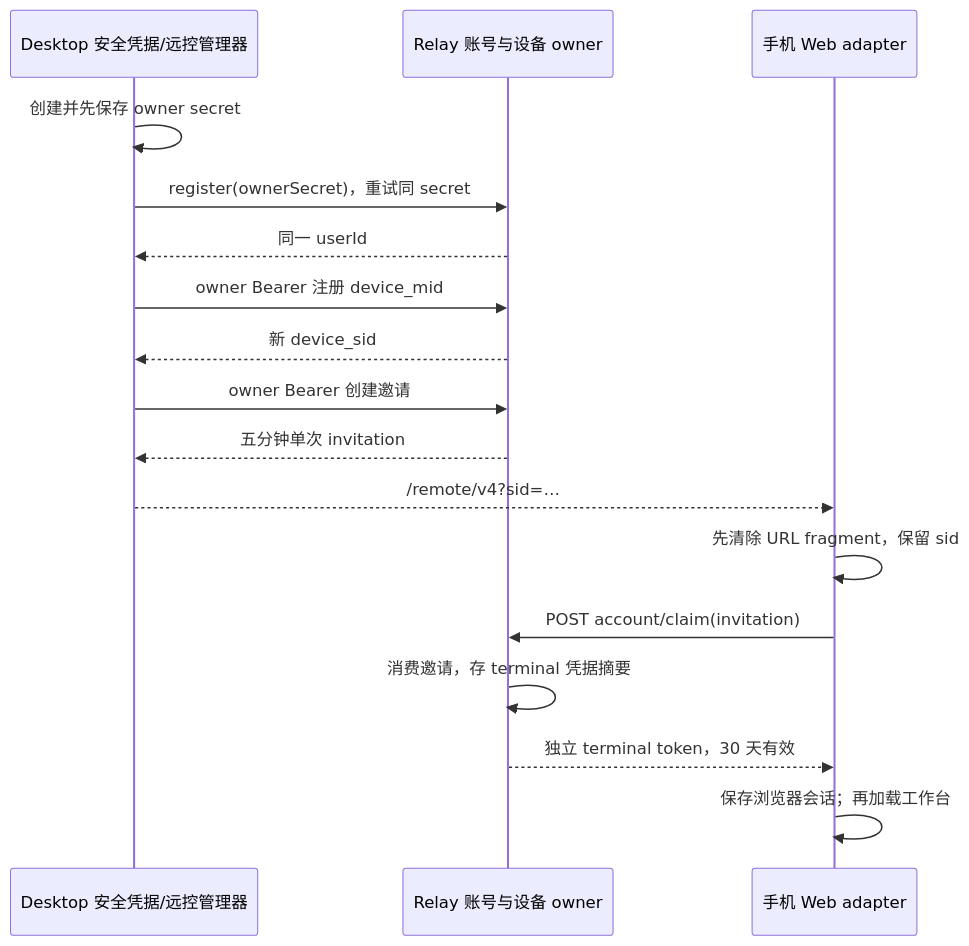
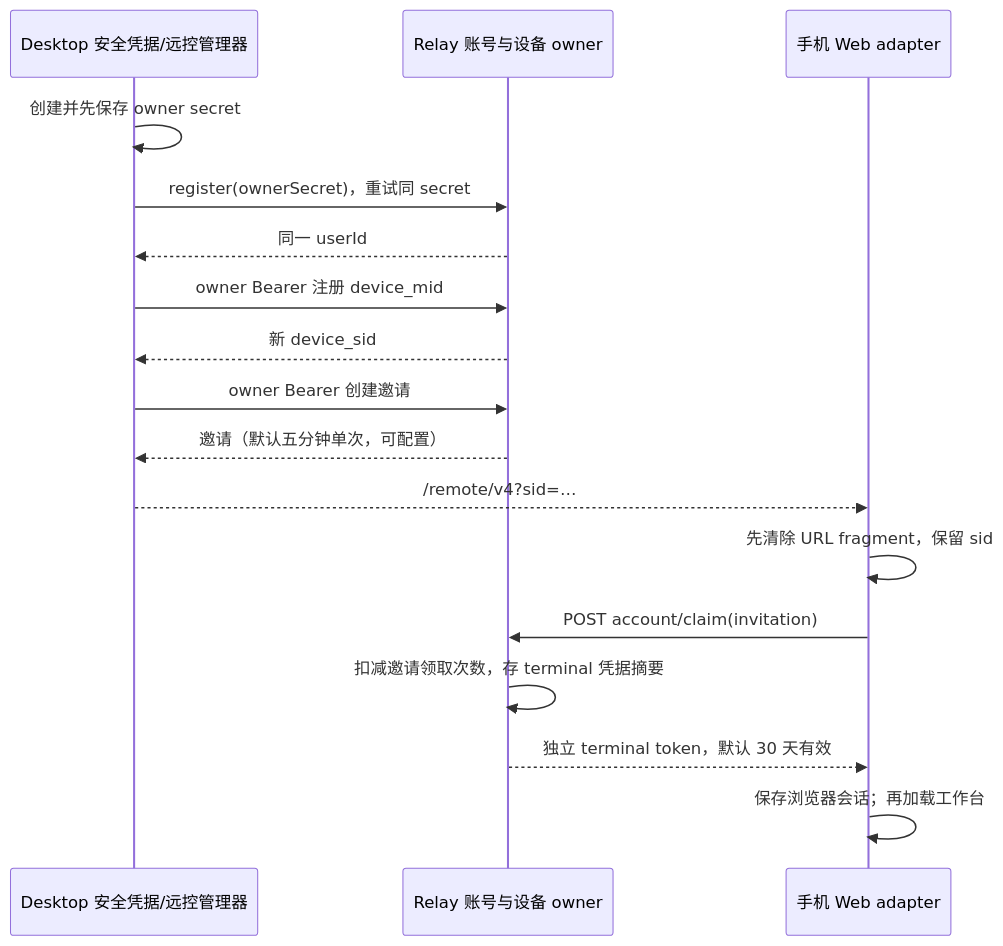
Before and after one commit to kaying-ai/KayingCode: the first of 5 diagrams in apps/kayingcode-relay-cloudflare/FLOWS.md, drawn with Mermaid. The commit also changed 32 other files, not shown here.

````diff
--- a/apps/kayingcode-relay-cloudflare/FLOWS.md
+++ b/apps/kayingcode-relay-cloudflare/FLOWS.md
@@ -13,19 +13,19 @@
 ```mermaid
 sequenceDiagram
   participant D as Desktop 安全凭据/远控管理器
   participant R as Relay 账号与设备 owner
   participant W as 手机 Web adapter
   D->>D: 创建并先保存 owner secret
   D->>R: register(ownerSecret)，重试同 secret
   R-->>D: 同一 userId
   D->>R: owner Bearer 注册 device_mid
   R-->>D: 新 device_sid
   D->>R: owner Bearer 创建邀请
-  R-->>D: 五分钟单次 invitation
+  R-->>D: 邀请（默认五分钟单次，可配置）
   D-->>W: /remote/v4?sid=…#authorize=… 完整链接
   W->>W: 先清除 URL fragment，保留 sid
   W->>R: POST account/claim(invitation)
-  R->>R: 消费邀请，存 terminal 凭据摘要
-  R-->>W: 独立 terminal token，30 天有效
+  R->>R: 扣减邀请领取次数，存 terminal 凭据摘要
+  R-->>W: 独立 terminal token，默认 30 天有效
   W->>W: 保存浏览器会话；再加载工作台
 ```
````
